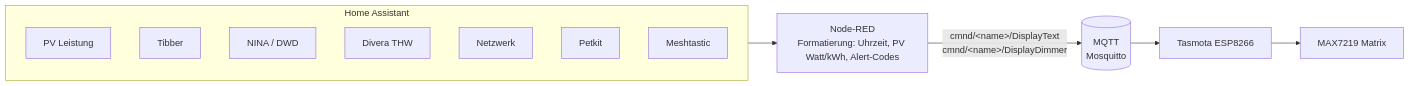
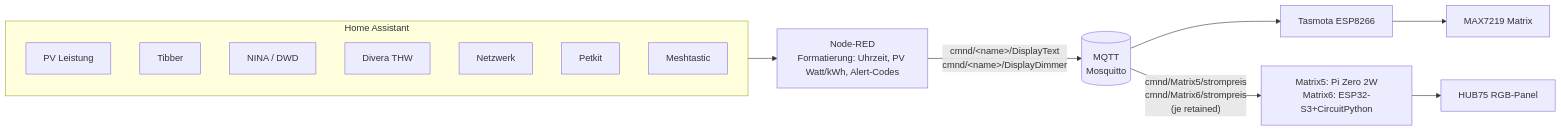
Before and after one commit to icepaule/IceMatrix: the diagram in README.md, drawn with Mermaid. The commit also changed other lines of this file and 5 other files, not shown here.

First line of the commit message:
Matrix6 dokumentiert: HUB75-Stromanzeige auf ESP32-S3 + CircuitPython

````diff
--- a/README.md
+++ b/README.md
@@ -53,16 +58,18 @@
 ```mermaid
 flowchart LR
     subgraph HA["Home Assistant"]
         S1["PV Leistung"]
         S2["Tibber"]
         S3["NINA / DWD"]
         S4["Divera THW"]
         S5["Netzwerk"]
         S6["Petkit"]
         S7["Meshtastic"]
     end
     HA --> NR["Node-RED<br/>Formatierung: Uhrzeit, PV Watt/kWh, Alert-Codes"]
     NR -->|"cmnd/&lt;name&gt;/DisplayText<br/>cmnd/&lt;name&gt;/DisplayDimmer"| MQTT[("MQTT<br/>Mosquitto")]
     MQTT --> T1["Tasmota ESP8266"]
     T1 --> M["MAX7219 Matrix"]
+    MQTT -->|"cmnd/Matrix5/strompreis<br/>cmnd/Matrix6/strompreis<br/>(je retained)"| M5["Matrix5: Pi Zero 2W<br/>Matrix6: ESP32-S3+CircuitPython"]
+    M5 --> HUB["HUB75 RGB-Panel"]
 ```
````
